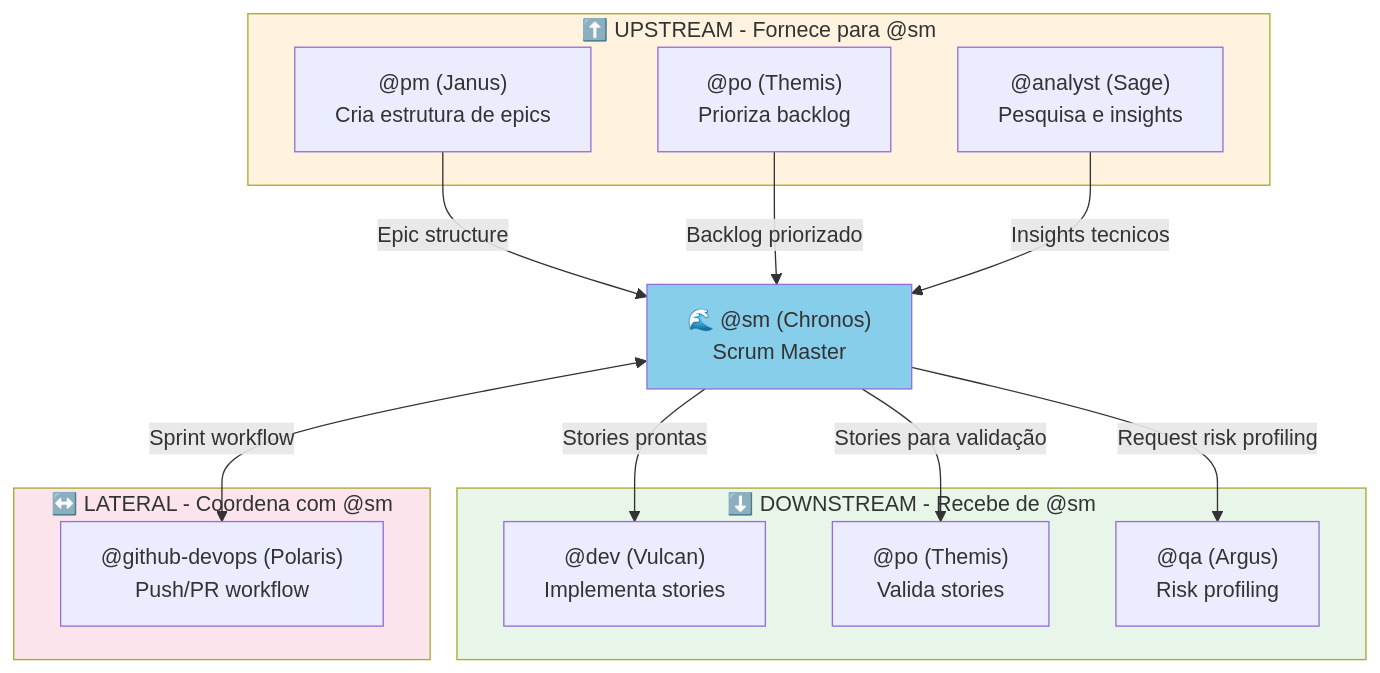
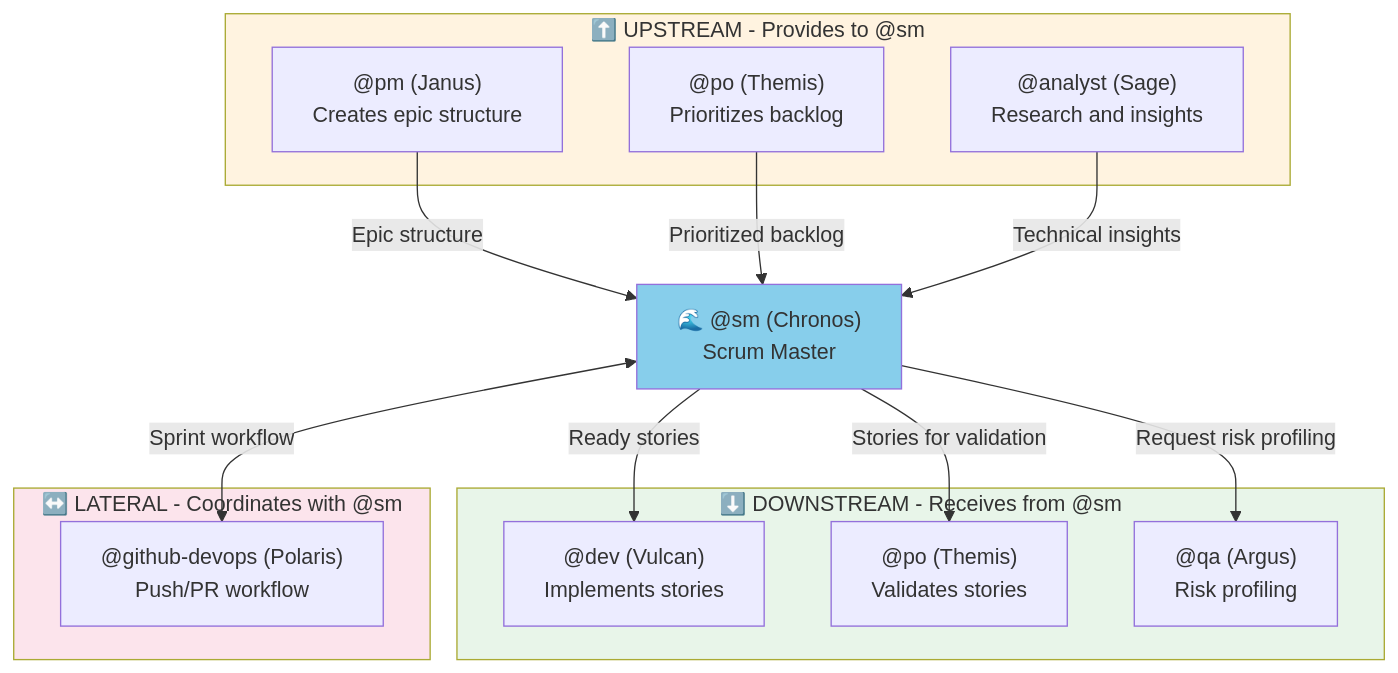
One commit to CyryxLabs/AEXOS changed the fourth of 4 diagrams in docs/aexos-agent-flows/sm-system.md. Above: the diagram before and after it, drawn with Mermaid. The commit also changed other lines of this file and 528 other files, not shown here.

````diff
--- a/docs/aexos-agent-flows/sm-system.md
+++ b/docs/aexos-agent-flows/sm-system.md
@@ -242,35 +242,35 @@
 ```mermaid
 flowchart TB
-    subgraph UPSTREAM["⬆️ UPSTREAM - Fornece para @sm"]
-        PM_UP["@pm (Janus)<br/>Cria estrutura de epics"]
-        PO_UP["@po (Themis)<br/>Prioriza backlog"]
-        ANALYST_UP["@analyst (Sage)<br/>Pesquisa e insights"]
+    subgraph UPSTREAM["⬆️ UPSTREAM - Provides to @sm"]
+        PM_UP["@pm (Janus)<br/>Creates epic structure"]
+        PO_UP["@po (Themis)<br/>Prioritizes backlog"]
+        ANALYST_UP["@analyst (Sage)<br/>Research and insights"]
     end
 
     SM_CENTRAL["🌊 @sm (Chronos)<br/>Scrum Master"]
 
-    subgraph DOWNSTREAM["⬇️ DOWNSTREAM - Recebe de @sm"]
-        DEV_DOWN["@dev (Vulcan)<br/>Implementa stories"]
-        PO_DOWN["@po (Themis)<br/>Valida stories"]
+    subgraph DOWNSTREAM["⬇️ DOWNSTREAM - Receives from @sm"]
+        DEV_DOWN["@dev (Vulcan)<br/>Implements stories"]
+        PO_DOWN["@po (Themis)<br/>Validates stories"]
         QA_DOWN["@qa (Argus)<br/>Risk profiling"]
     end
 
-    subgraph LATERAL["↔️ LATERAL - Coordena com @sm"]
+    subgraph LATERAL["↔️ LATERAL - Coordinates with @sm"]
         DEVOPS_LAT["@github-devops (Polaris)<br/>Push/PR workflow"]
     end
 
     PM_UP -->|"Epic structure"| SM_CENTRAL
-    PO_UP -->|"Backlog priorizado"| SM_CENTRAL
-    ANALYST_UP -->|"Insights tecnicos"| SM_CENTRAL
+    PO_UP -->|"Prioritized backlog"| SM_CENTRAL
+    ANALYST_UP -->|"Technical insights"| SM_CENTRAL
 
-    SM_CENTRAL -->|"Stories prontas"| DEV_DOWN
-    SM_CENTRAL -->|"Stories para validação"| PO_DOWN
+    SM_CENTRAL -->|"Ready stories"| DEV_DOWN
+    SM_CENTRAL -->|"Stories for validation"| PO_DOWN
     SM_CENTRAL -->|"Request risk profiling"| QA_DOWN
 
     SM_CENTRAL <-->|"Sprint workflow"| DEVOPS_LAT
 
     style SM_CENTRAL fill:#87CEEB
     style UPSTREAM fill:#fff3e0
     style DOWNSTREAM fill:#e8f5e9
     style LATERAL fill:#fce4ec
 ```
````
